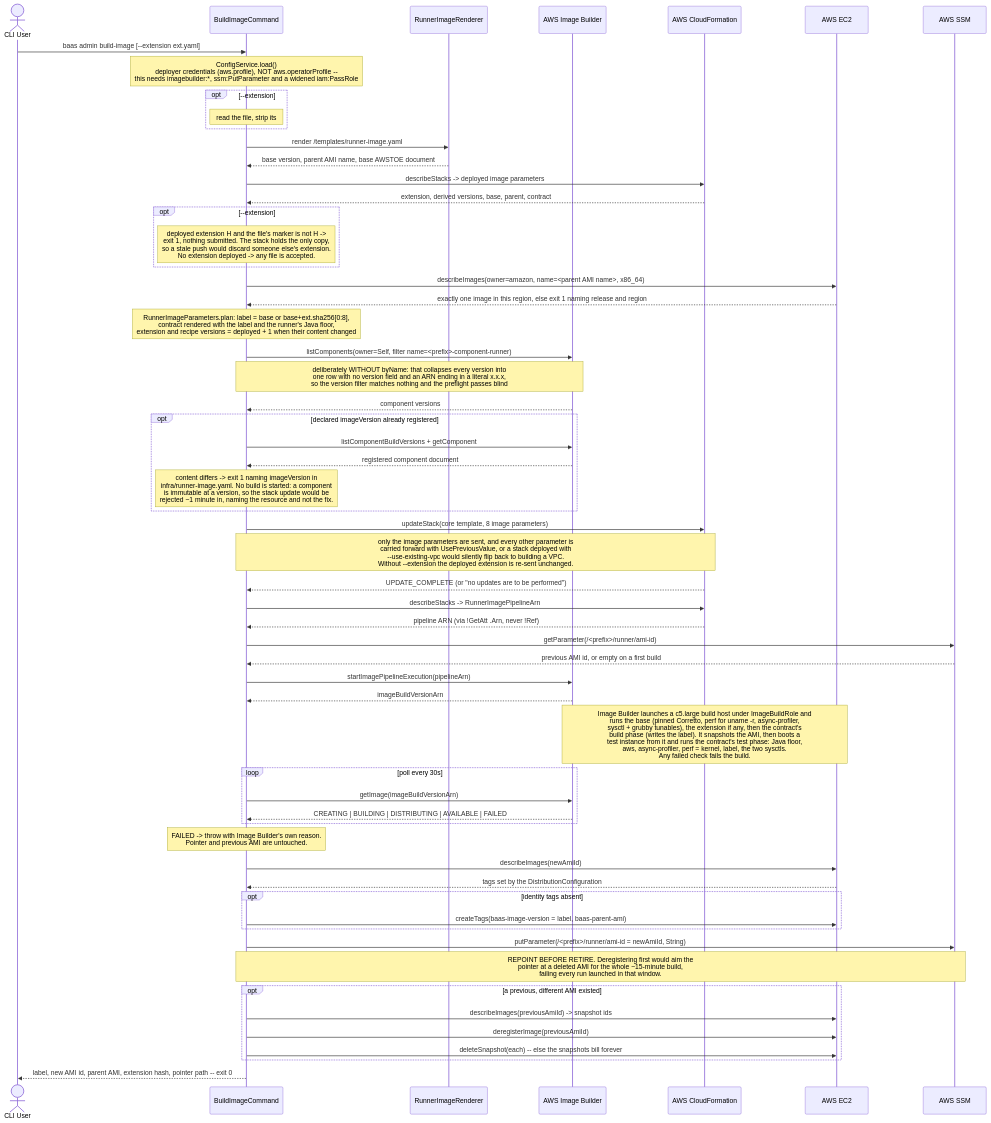
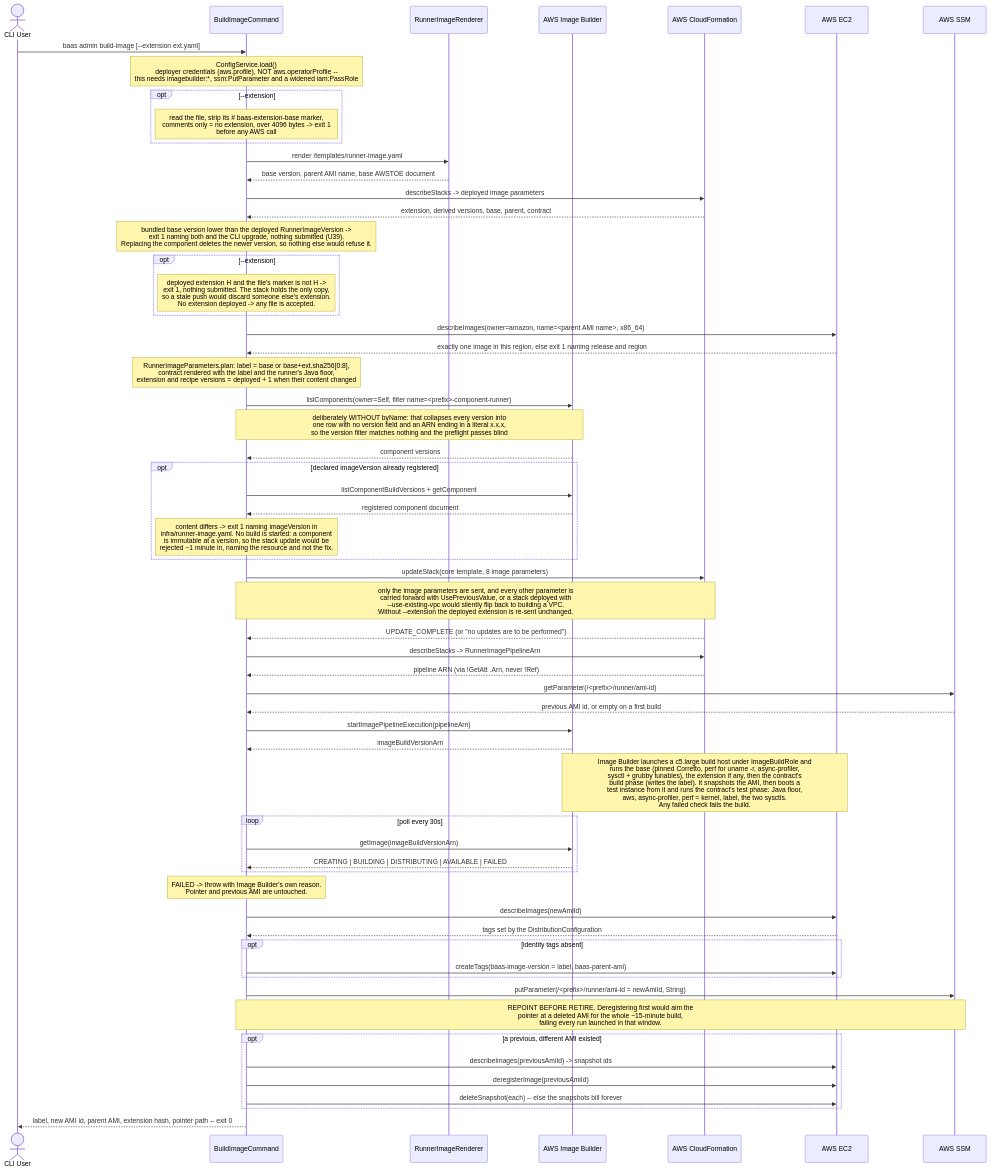
The diagram in docs/diagrams/baas-build-image.mmd (wsztajerowski/benchmark-as-a-service), drawn with Mermaid before and after one commit. The commit also changed 4 other files, not shown here.

First line of the commit message:
fix(cli): refuse to build an image on an older bundled base (U39)

```diff
--- a/docs/diagrams/baas-build-image.mmd
+++ b/docs/diagrams/baas-build-image.mmd
@@ -1,67 +1,68 @@
 sequenceDiagram
     actor User as CLI User
     participant BIC as BuildImageCommand
     participant RIR as RunnerImageRenderer
     participant IB as AWS Image Builder
     participant CF as AWS CloudFormation
     participant EC2 as AWS EC2
     participant SSM as AWS SSM
 
     User->>BIC: baas admin build-image [--extension ext.yaml]
     Note over BIC: ConfigService.load()<br/>deployer credentials (aws.profile), NOT aws.operatorProfile --<br/>this needs imagebuilder:*, ssm:PutParameter and a widened iam:PassRole
     opt --extension
-        Note over BIC: read the file, strip its # baas-extension-base marker,<br/>comments only = no extension, over 4096 bytes -> exit 1<br/>before any AWS call
+        Note over BIC: read the file, strip its #35; baas-extension-base marker,<br/>comments only = no extension, over 4096 bytes -> exit 1<br/>before any AWS call
     end
     BIC->>RIR: render /templates/runner-image.yaml
     RIR-->>BIC: base version, parent AMI name, base AWSTOE document
 
     BIC->>CF: describeStacks -> deployed image parameters
     CF-->>BIC: extension, derived versions, base, parent, contract
+    Note over BIC: bundled base version lower than the deployed RunnerImageVersion -><br/>exit 1 naming both and the CLI upgrade, nothing submitted (U39).<br/>Replacing the component deletes the newer version, so nothing else would refuse it.
     opt --extension
         Note over BIC: deployed extension H and the file's marker is not H -><br/>exit 1, nothing submitted. The stack holds the only copy,<br/>so a stale push would discard someone else's extension.<br/>No extension deployed -> any file is accepted.
     end
     BIC->>EC2: describeImages(owner=amazon, name=<parent AMI name>, x86_64)
     EC2-->>BIC: exactly one image in this region, else exit 1 naming release and region
     Note over BIC: RunnerImageParameters.plan: label = base or base+ext.sha256[0:8],<br/>contract rendered with the label and the runner's Java floor,<br/>extension and recipe versions = deployed + 1 when their content changed
 
     BIC->>IB: listComponents(owner=Self, filter name=<prefix>-component-runner)
     Note over BIC,IB: deliberately WITHOUT byName: that collapses every version into<br/>one row with no version field and an ARN ending in a literal x.x.x,<br/>so the version filter matches nothing and the preflight passes blind
     IB-->>BIC: component versions
     opt declared imageVersion already registered
         BIC->>IB: listComponentBuildVersions + getComponent
         IB-->>BIC: registered component document
         Note over BIC: content differs -> exit 1 naming imageVersion in<br/>infra/runner-image.yaml. No build is started: a component<br/>is immutable at a version, so the stack update would be<br/>rejected ~1 minute in, naming the resource and not the fix.
     end
 
     BIC->>CF: updateStack(core template, 8 image parameters)
     Note over BIC,CF: only the image parameters are sent, and every other parameter is<br/>carried forward with UsePreviousValue, or a stack deployed with<br/>--use-existing-vpc would silently flip back to building a VPC.<br/>Without --extension the deployed extension is re-sent unchanged.
     CF-->>BIC: UPDATE_COMPLETE (or "no updates are to be performed")
     BIC->>CF: describeStacks -> RunnerImagePipelineArn
     CF-->>BIC: pipeline ARN (via !GetAtt .Arn, never !Ref)
 
     BIC->>SSM: getParameter(/<prefix>/runner/ami-id)
     SSM-->>BIC: previous AMI id, or empty on a first build
 
     BIC->>IB: startImagePipelineExecution(pipelineArn)
     IB-->>BIC: imageBuildVersionArn
     Note over IB,EC2: Image Builder launches a c5.large build host under ImageBuildRole and<br/>runs the base (pinned Corretto, perf for uname -r, async-profiler,<br/>sysctl + grubby tunables), the extension if any, then the contract's<br/>build phase (writes the label). It snapshots the AMI, then boots a<br/>test instance from it and runs the contract's test phase: Java floor,<br/>aws, async-profiler, perf = kernel, label, the two sysctls.<br/>Any failed check fails the build.
     loop poll every 30s
         BIC->>IB: getImage(imageBuildVersionArn)
         IB-->>BIC: CREATING | BUILDING | DISTRIBUTING | AVAILABLE | FAILED
     end
     Note over BIC: FAILED -> throw with Image Builder's own reason.<br/>Pointer and previous AMI are untouched.
 
     BIC->>EC2: describeImages(newAmiId)
     EC2-->>BIC: tags set by the DistributionConfiguration
     opt identity tags absent
         BIC->>EC2: createTags(baas-image-version = label, baas-parent-ami)
     end
 
     BIC->>SSM: putParameter(/<prefix>/runner/ami-id = newAmiId, String)
     Note over BIC,SSM: REPOINT BEFORE RETIRE. Deregistering first would aim the<br/>pointer at a deleted AMI for the whole ~15-minute build,<br/>failing every run launched in that window.
     opt a previous, different AMI existed
         BIC->>EC2: describeImages(previousAmiId) -> snapshot ids
         BIC->>EC2: deregisterImage(previousAmiId)
         BIC->>EC2: deleteSnapshot(each) -- else the snapshots bill forever
     end
     BIC-->>User: label, new AMI id, parent AMI, extension hash, pointer path -- exit 0
```
